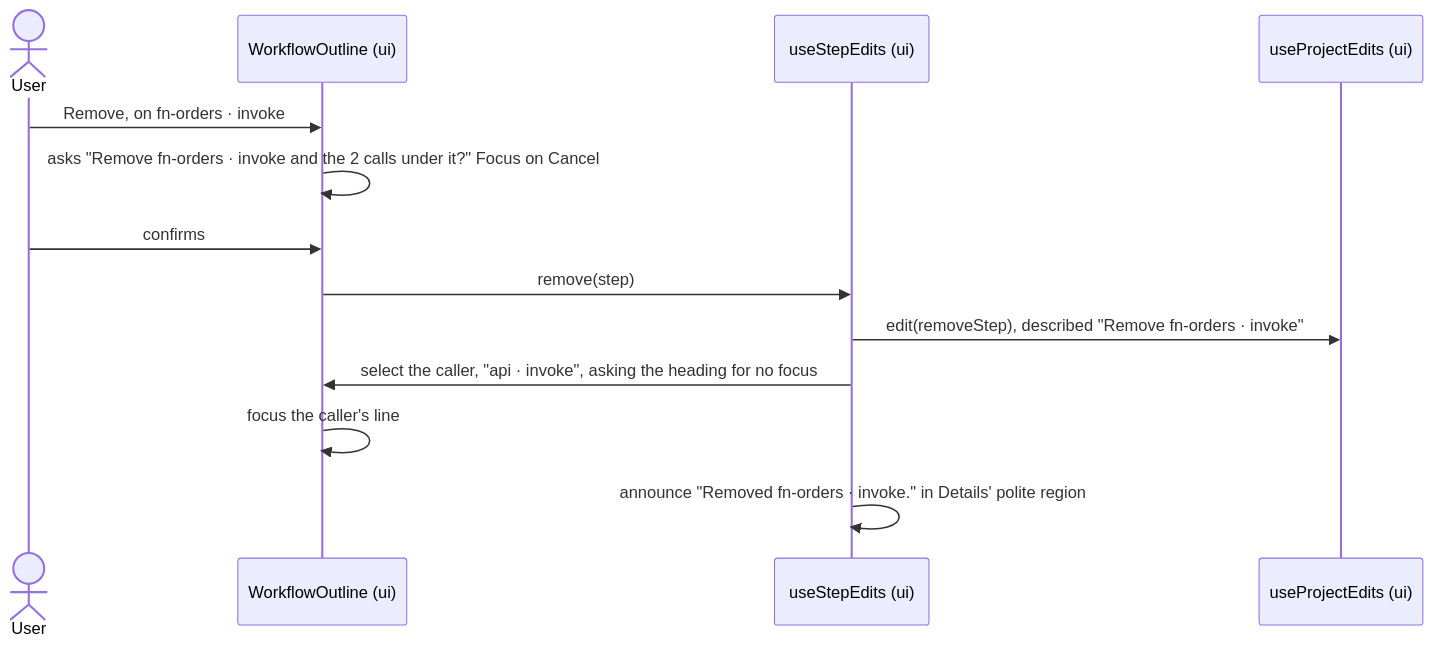
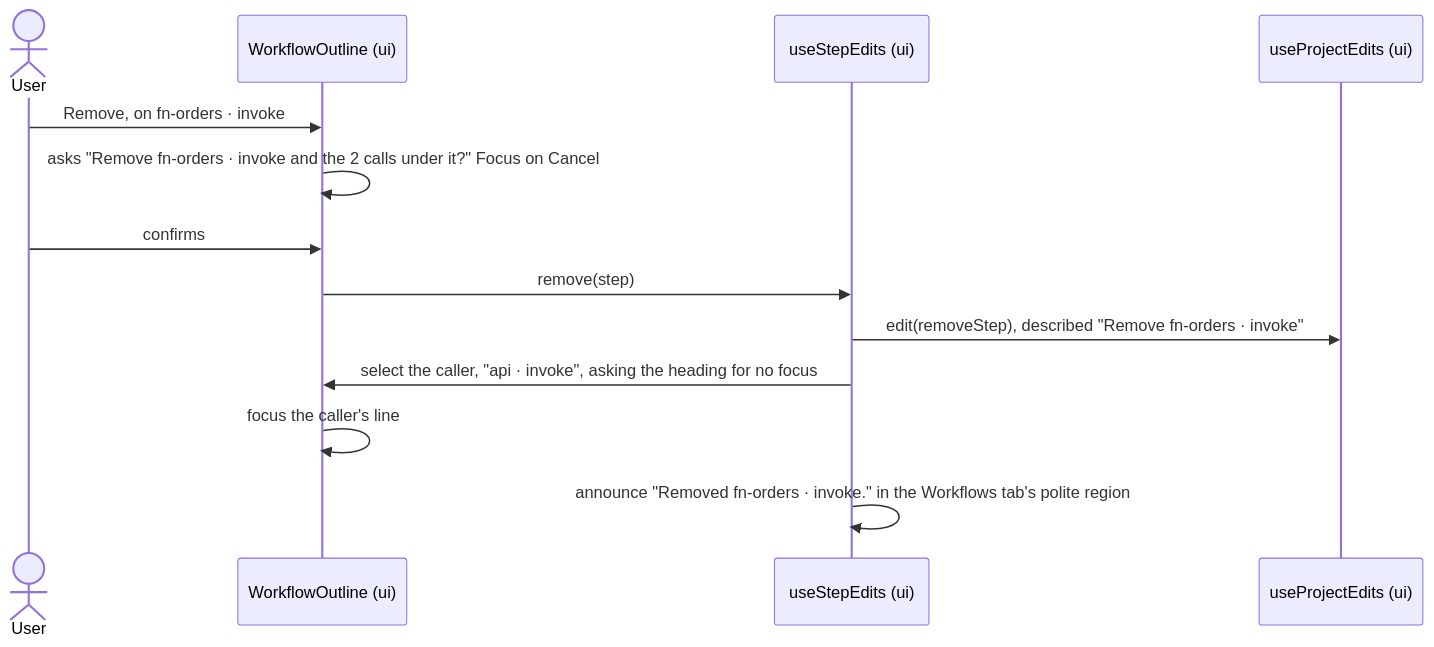
Before and after one commit to alanbickel/wind-tunnel: the seventh of 14 diagrams in docs/architecture/workflow-editor.md, drawn with Mermaid. The commit also changed other lines of this file and 62 other files, not shown here.

Commit message:
feat(ui): add the dock's Workflows tab, move the outline out of the inspector, and remove the workflow picker (#271)

````diff
--- a/docs/architecture/workflow-editor.md
+++ b/docs/architecture/workflow-editor.md
@@ -218,15 +219,15 @@
 ```mermaid
 sequenceDiagram
     actor User
     participant O as WorkflowOutline (ui)
     participant S as useStepEdits (ui)
     participant E as useProjectEdits (ui)
     User->>O: Remove, on fn-orders · invoke
     O->>O: asks "Remove fn-orders · invoke and the 2 calls under it?" Focus on Cancel
     User->>O: confirms
     O->>S: remove(step)
     S->>E: edit(removeStep), described "Remove fn-orders · invoke"
     S->>O: select the caller, "api · invoke", asking the heading for no focus
     O->>O: focus the caller's line
-    S->>S: announce "Removed fn-orders · invoke." in Details' polite region
+    S->>S: announce "Removed fn-orders · invoke." in the Workflows tab's polite region
 ```
````
